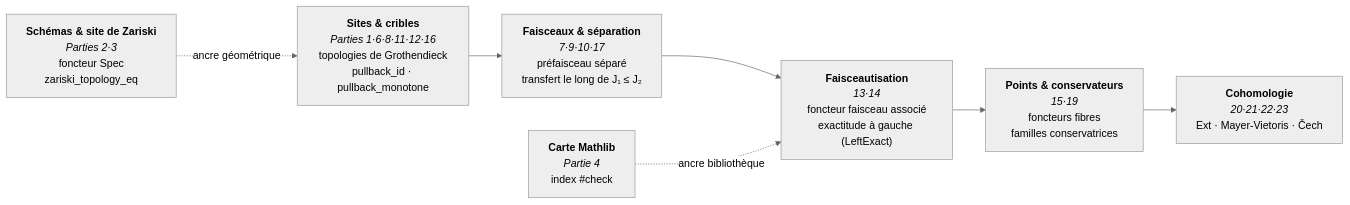
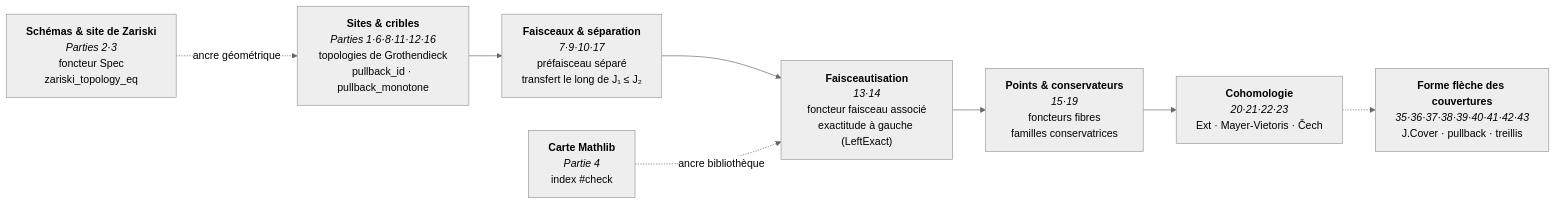
The first of 2 diagrams in MyIA.AI.Notebooks/SymbolicAI/Lean/grothendieck_lean/README.md (jsboige/CoursIA), drawn with Mermaid (neutral theme) before and after one commit. The commit also changed other lines of this file and 1 other file, not shown here.

````diff
--- a/MyIA.AI.Notebooks/SymbolicAI/Lean/grothendieck_lean/README.md
+++ b/MyIA.AI.Notebooks/SymbolicAI/Lean/grothendieck_lean/README.md
@@ -41,11 +42,13 @@
 ```mermaid
 flowchart LR
     T1["<b>Sites & cribles</b><br/><i>Parties 1·6·8·11·12·16</i><br/>topologies de Grothendieck<br/>pullback_id · pullback_monotone"]
     T2["<b>Faisceaux & séparation</b><br/><i>7·9·10·17</i><br/>préfaisceau séparé<br/>transfert le long de J₁ ≤ J₂"]
     T3["<b>Faisceautisation</b><br/><i>13·14</i><br/>foncteur faisceau associé<br/>exactitude à gauche (LeftExact)"]
     T4["<b>Points & conservateurs</b><br/><i>15·19</i><br/>foncteurs fibres<br/>familles conservatrices"]
     T5["<b>Cohomologie</b><br/><i>20·21·22·23</i><br/>Ext · Mayer-Vietoris · Čech"]
+    T6["<b>Forme flèche des couvertures</b><br/><i>35·36·37·38·39·40·41·42·43</i><br/>J.Cover · pullback · treillis"]
     T1 --> T2 --> T3 --> T4 --> T5
+    T5 -.-> T6
     S["<b>Schémas & site de Zariski</b><br/><i>Parties 2·3</i><br/>foncteur Spec<br/>zariski_topology_eq"] -.->|"ancre géométrique"| T1
     MM["<b>Carte Mathlib</b><br/><i>Partie 4</i><br/>index #check"] -.->|"ancre bibliothèque"| T3
 ```
````
